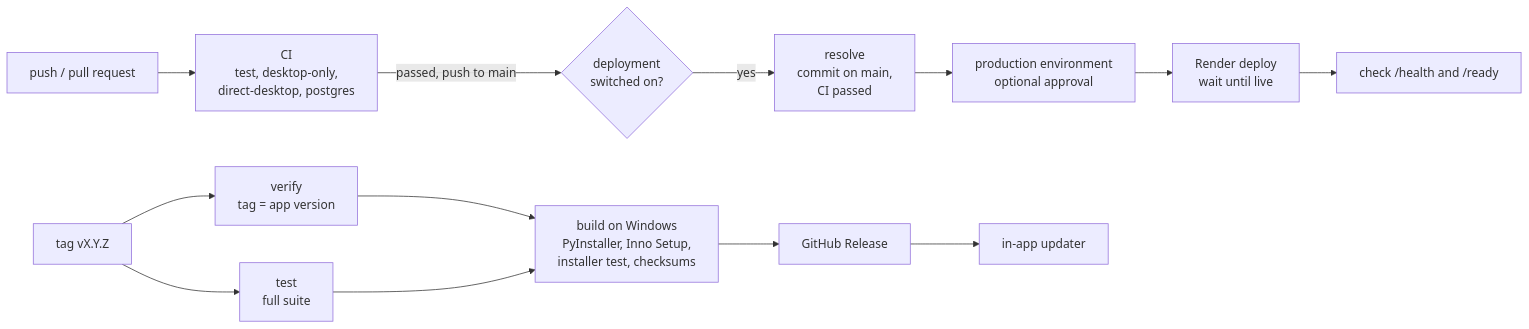
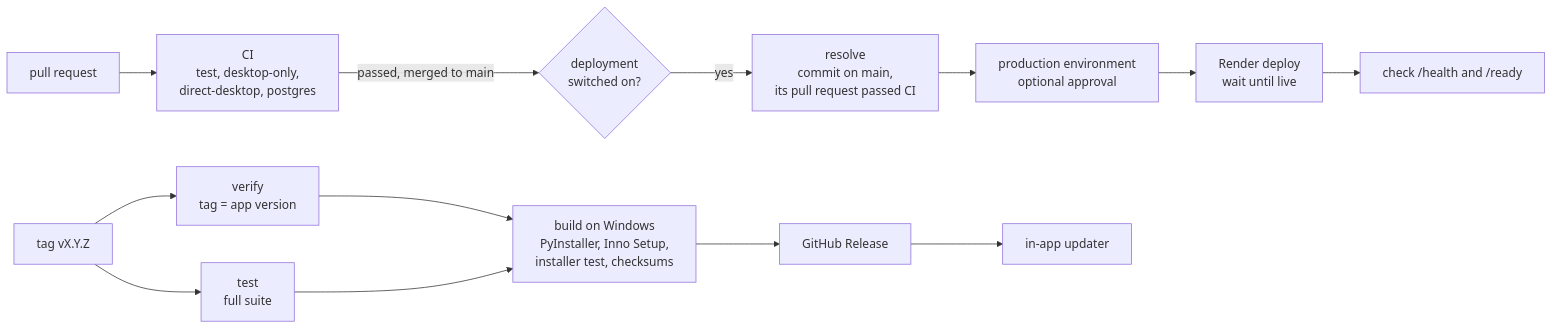
One commit to Ramtin-Mandom/Schedule_Maxing changed the diagram in docs/ci-cd.md. Above: the diagram before and after it, drawn with Mermaid. The commit also changed other lines of this file and 20 other files, not shown here.

````diff
--- a/docs/ci-cd.md
+++ b/docs/ci-cd.md
@@ -17,16 +17,16 @@
 ```mermaid
 flowchart LR
-    push[push / pull request] --> ci[CI<br/>test, desktop-only,<br/>direct-desktop, postgres]
-    ci -- passed, push to main --> gate{deployment<br/>switched on?}
-    gate -- yes --> resolve[resolve<br/>commit on main,<br/>CI passed]
+    push[pull request] --> ci[CI<br/>test, desktop-only,<br/>direct-desktop, postgres]
+    ci -- passed, merged to main --> gate{deployment<br/>switched on?}
+    gate -- yes --> resolve[resolve<br/>commit on main,<br/>its pull request passed CI]
     resolve --> approve[production environment<br/>optional approval]
     approve --> deploy[Render deploy<br/>wait until live]
     deploy --> check["check /health and /ready"]
 
     tag[tag vX.Y.Z] --> verify[verify<br/>tag = app version]
     tag --> rtest[test<br/>full suite]
     verify --> build[build on Windows<br/>PyInstaller, Inno Setup,<br/>installer test, checksums]
     rtest --> build
     build --> publish[GitHub Release]
     publish --> updater[in-app updater]
 ```
````
